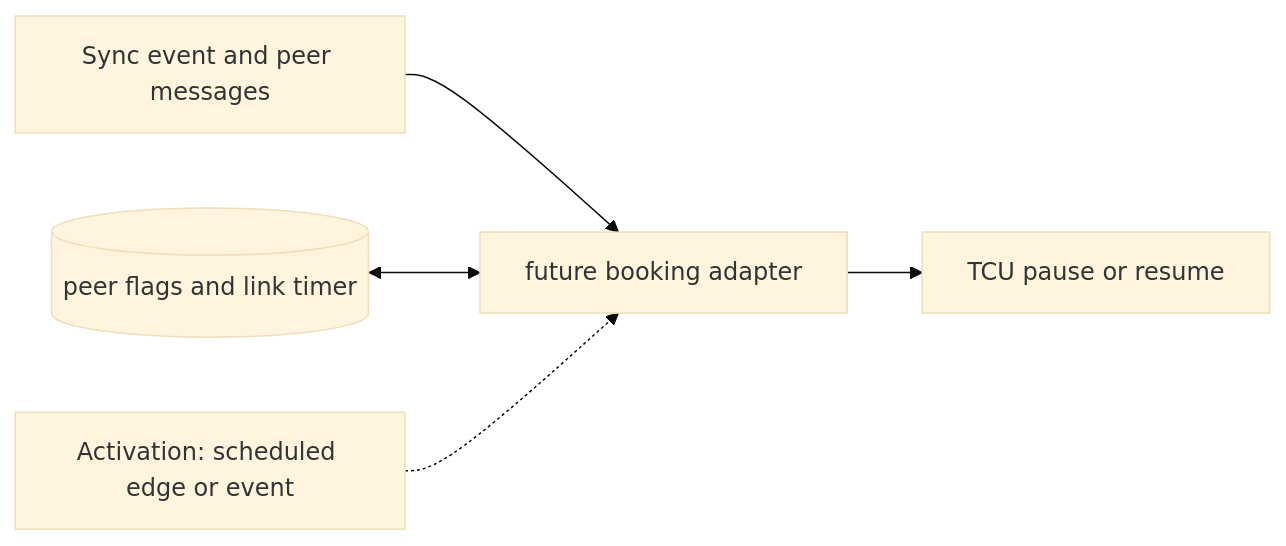
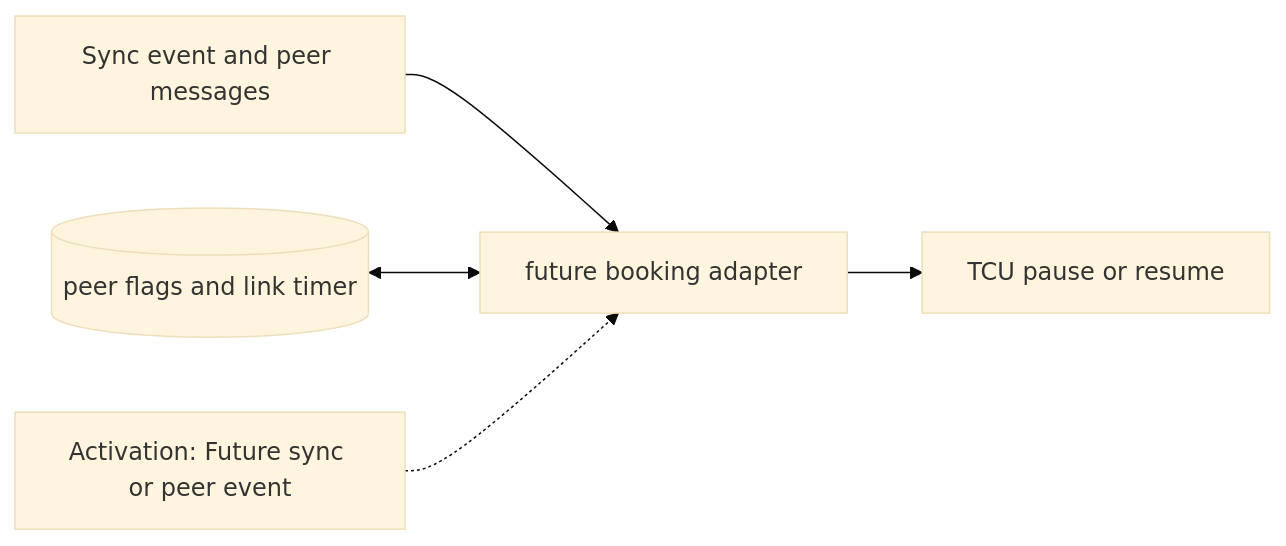
One commit to qsbit-org/qsbit-sim changed the diagram in docs/modules/future-synchronization-adapter.md. Above: the diagram before and after it, drawn with Mermaid (base theme). The commit also changed other lines of this file and 24 other files, not shown here.

````diff
--- a/docs/modules/future-synchronization-adapter.md
+++ b/docs/modules/future-synchronization-adapter.md
@@ -17,7 +17,7 @@
 ```mermaid
 flowchart LR
     U["Sync event and peer messages"] --> P["future booking adapter"]
     S[("peer flags and link timer")] <--> P
     P --> D["TCU pause or resume"]
-    K["Activation: scheduled edge or event"] -.-> P
+    K["Activation: Future sync or peer event"] -.-> P
 ```
````
